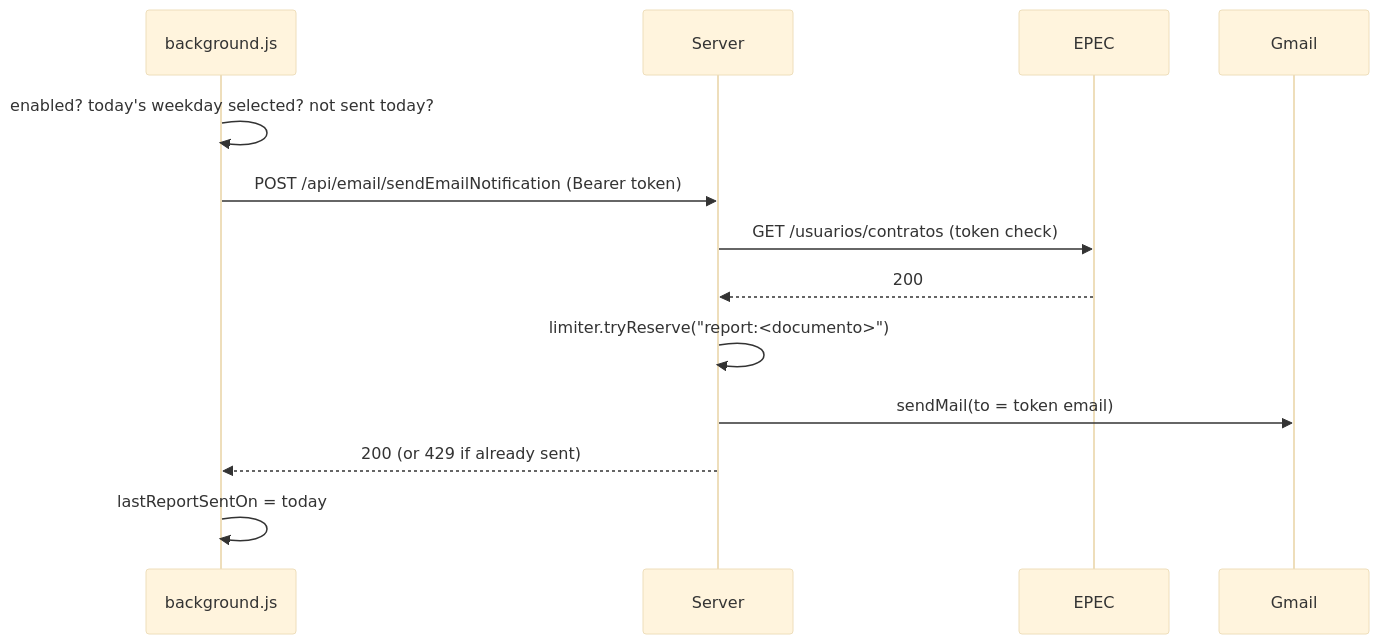
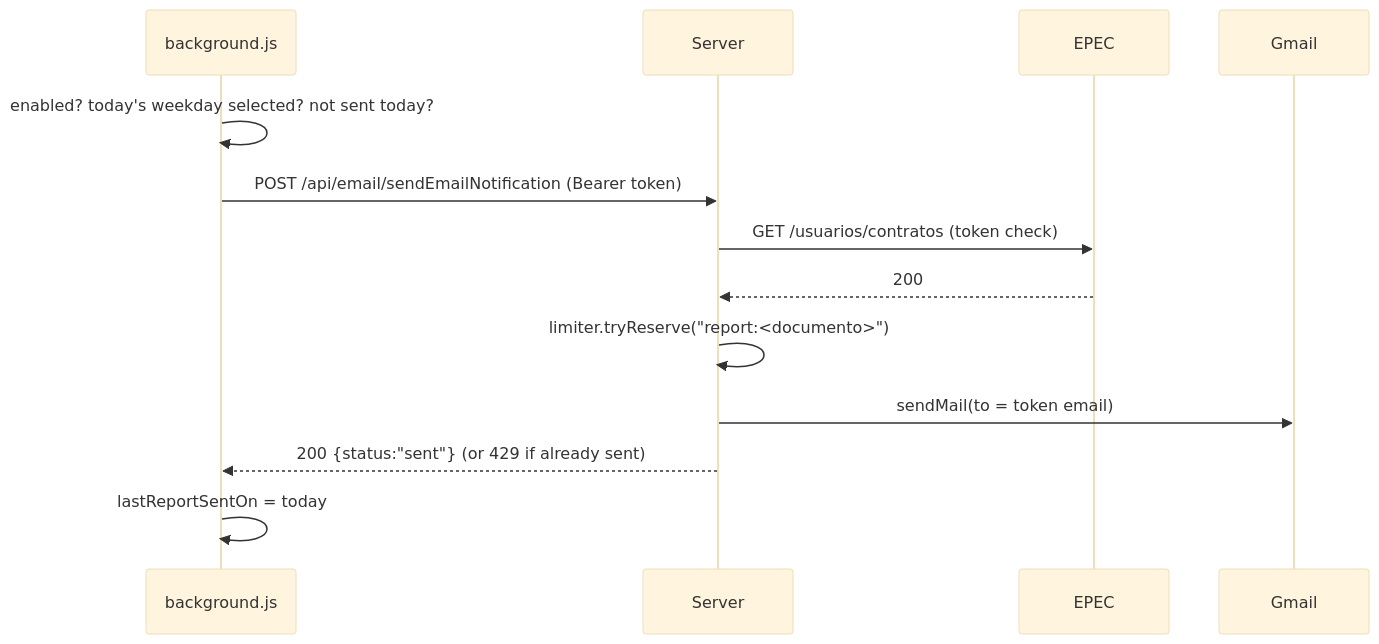
One commit to FacundoSoler/epec-consumos-hub changed the second of 2 diagrams in ARCHITECTURE.md. Above: the diagram before and after it, drawn with Mermaid (base theme). The commit also changed other lines of this file and 1 other file, not shown here.

Commit message:
docs: describe email outcomes, lastEmailStatus, health check and listen errors

````diff
--- a/ARCHITECTURE.md
+++ b/ARCHITECTURE.md
@@ -100,15 +105,15 @@
 ```mermaid
 sequenceDiagram
   participant BG as background.js
   participant S as Server
   participant E as EPEC
   participant G as Gmail
   BG->>BG: enabled? today's weekday selected? not sent today?
   BG->>S: POST /api/email/sendEmailNotification (Bearer token)
   S->>E: GET /usuarios/contratos (token check)
   E-->>S: 200
   S->>S: limiter.tryReserve("report:<documento>")
   S->>G: sendMail(to = token email)
-  S-->>BG: 200 (or 429 if already sent)
+  S-->>BG: 200 {status:"sent"} (or 429 if already sent)
   BG->>BG: lastReportSentOn = today
 ```
````
